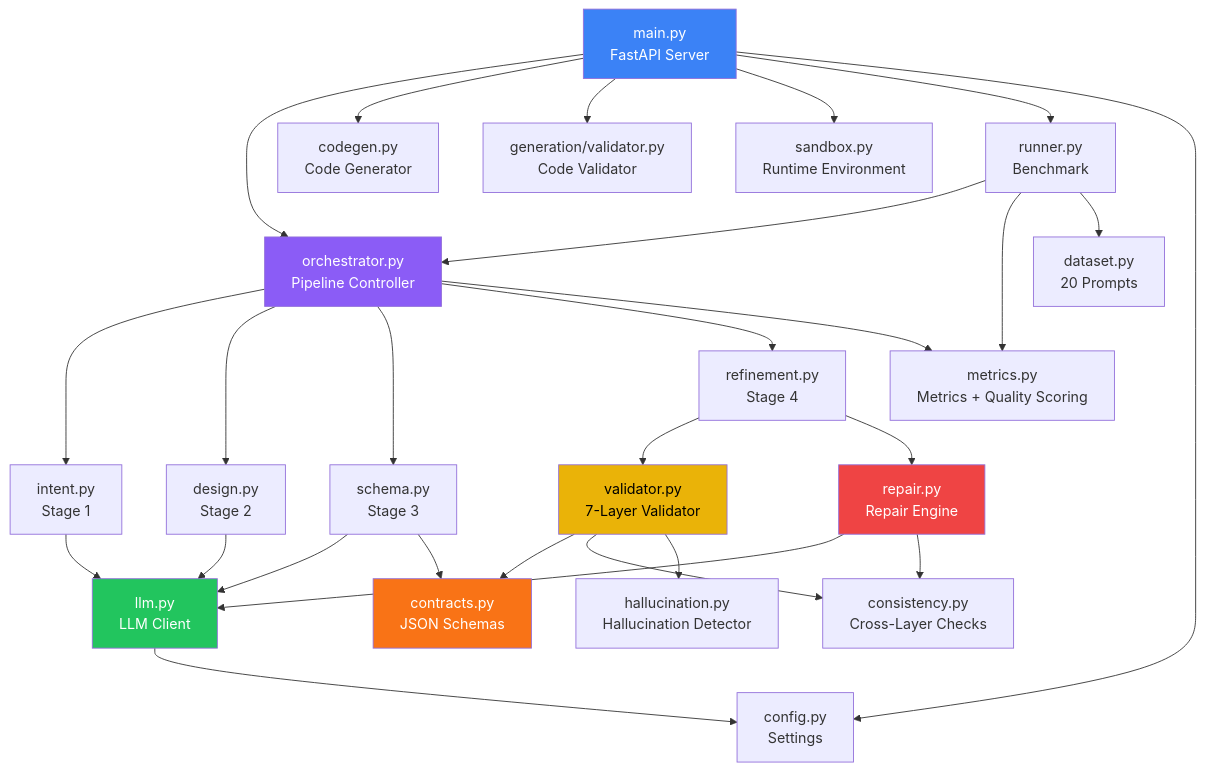
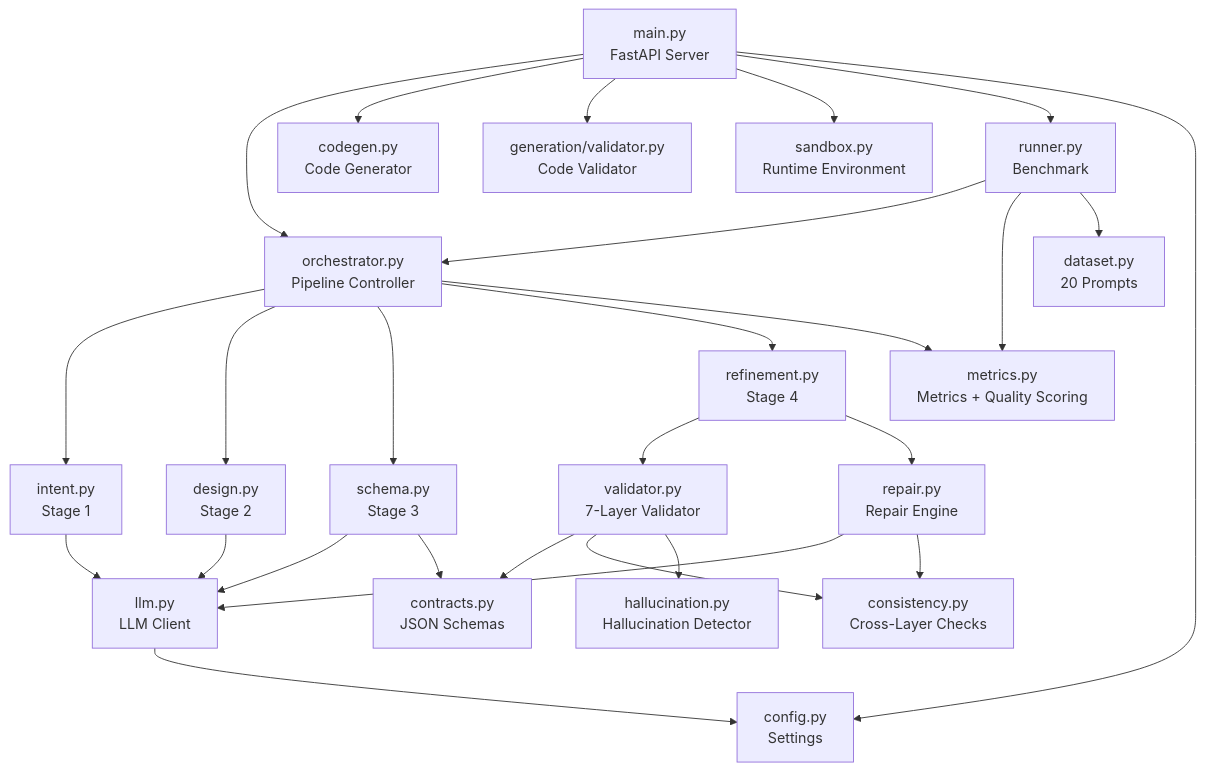
Before and after one commit to notsooamit/app-compiler: the third of 19 diagrams in SOFTWARE_ARCHITECTURE.md, drawn with Mermaid. The commit also changed other lines of this file and 2 other files, not shown here.

````diff
--- a/SOFTWARE_ARCHITECTURE.md
+++ b/SOFTWARE_ARCHITECTURE.md
@@ -194,44 +180,37 @@
 ```mermaid
 graph TD
     main["main.py<br/>FastAPI Server"]
     config["config.py<br/>Settings"]
     orch["orchestrator.py<br/>Pipeline Controller"]
     intent["intent.py<br/>Stage 1"]
     design["design.py<br/>Stage 2"]
     schema["schema.py<br/>Stage 3"]
     refine["refinement.py<br/>Stage 4"]
     llm["llm.py<br/>LLM Client"]
     
     validator["validator.py<br/>7-Layer Validator"]
     contracts["contracts.py<br/>JSON Schemas"]
     consistency["consistency.py<br/>Cross-Layer Checks"]
     halluc["hallucination.py<br/>Hallucination Detector"]
     repair["repair.py<br/>Repair Engine"]
     
     codegen["codegen.py<br/>Code Generator"]
     codeval["generation/validator.py<br/>Code Validator"]
     sandbox["sandbox.py<br/>Runtime Environment"]
     
     runner["runner.py<br/>Benchmark"]
     metrics["metrics.py<br/>Metrics + Quality Scoring"]
     dataset["dataset.py<br/>20 Prompts"]
     
     main --> orch & codegen & codeval & sandbox & runner
     main --> config
     orch --> intent & design & schema & refine
     orch --> metrics
     intent & design --> llm
     schema --> llm & contracts
     refine --> validator & repair
     validator --> contracts & consistency & halluc
     repair --> llm & consistency
     runner --> orch & metrics & dataset
     llm --> config
-    
-    style main fill:#3b82f6,color:#fff
-    style orch fill:#8b5cf6,color:#fff
-    style llm fill:#22c55e,color:#fff
-    style validator fill:#eab308,color:#000
-    style repair fill:#ef4444,color:#fff
-    style contracts fill:#f97316,color:#fff
 ```
````
